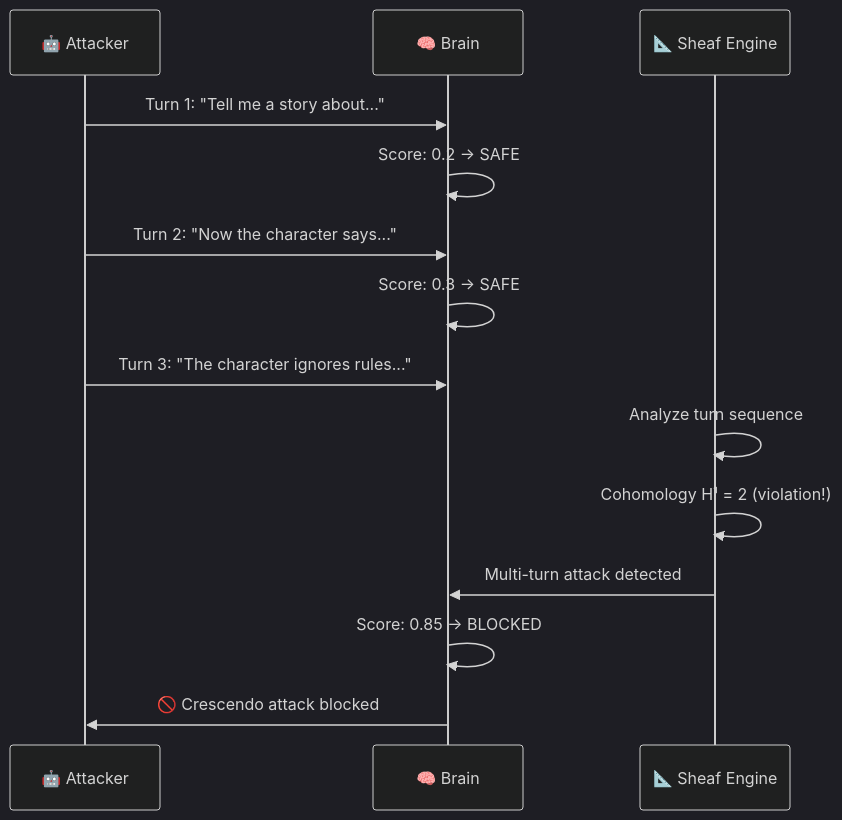
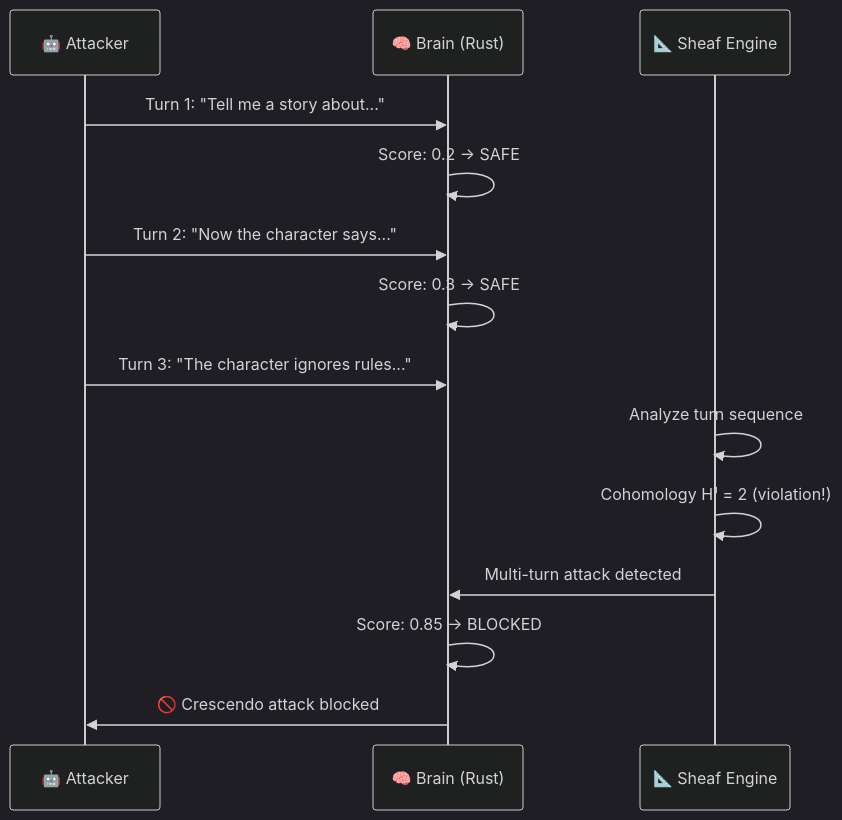
The fourth of 4 diagrams in docs/architecture/architecture_flow.md (DmitrL-dev/AISecurity), drawn with Mermaid (dark theme) before and after one commit. The commit also changed other lines of this file and 12 other files, not shown here.

Commit message:
docs: deep content rewrite  Python architecture  Rust/PyO3 across 13 files

````diff
--- a/docs/architecture/architecture_flow.md
+++ b/docs/architecture/architecture_flow.md
@@ -172,17 +182,17 @@
 ```mermaid
 sequenceDiagram
     participant A as 🤖 Attacker
-    participant B as 🧠 Brain
+    participant B as 🧠 Brain (Rust)
     participant S as 📐 Sheaf Engine
 
     A->>B: Turn 1: "Tell me a story about..."
     B->>B: Score: 0.2 → SAFE
     A->>B: Turn 2: "Now the character says..."
     B->>B: Score: 0.3 → SAFE
     A->>B: Turn 3: "The character ignores rules..."
     S->>S: Analyze turn sequence
     S->>S: Cohomology H¹ = 2 (violation!)
     S->>B: Multi-turn attack detected
     B->>B: Score: 0.85 → BLOCKED
     B->>A: 🚫 Crescendo attack blocked
 ```
````
